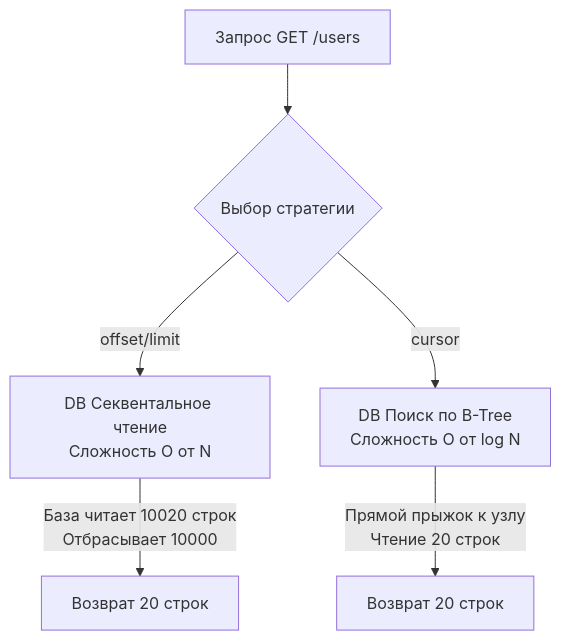
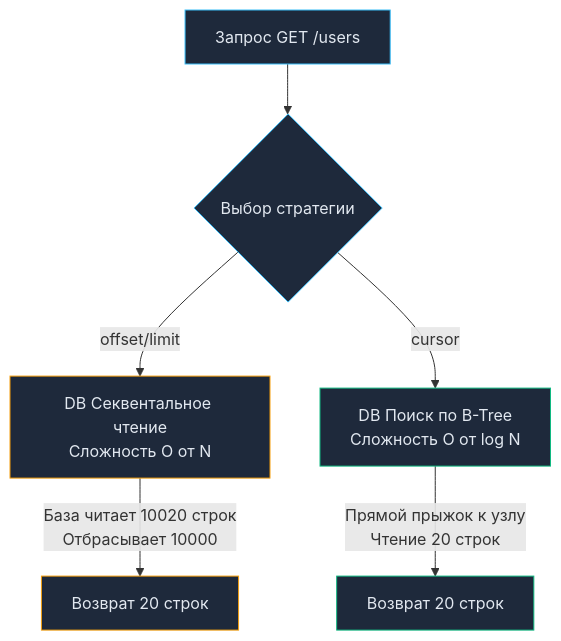
One commit to UnrealTemplier/go-textbook changed the diagram in sources/10. Проектирование API и Сетевые протоколы/10. Pagination, filtering, sorting.md. Above: the diagram before and after it, drawn with Mermaid. The commit also changed other lines of this file, not shown here.

````diff
--- a/sources/10. Проектирование API и Сетевые протоколы/10. Pagination, filtering, sorting.md
+++ b/sources/10. Проектирование API и Сетевые протоколы/10. Pagination, filtering, sorting.md
@@ -53,10 +59,17 @@
 ```mermaid
 flowchart TD
-    Req["Запрос GET /users"]-->Router{"Выбор стратегии"}
+    Req["Запрос GET /users"] --> Router{"Выбор стратегии"}
     
-    Router-->|offset/limit|OffsetScan["DB Секвентальное чтение<br>Сложность O от N"]
-    OffsetScan-->|База читает 10020 строк<br>Отбрасывает 10000|ResultOffset["Возврат 20 строк"]
+    Router -->|offset/limit| OffsetScan["DB Секвентальное чтение<br>Сложность O от N"]
+    OffsetScan -->|База читает 10020 строк<br>Отбрасывает 10000| ResultOffset["Возврат 20 строк"]
     
-    Router-->|cursor|IndexScan["DB Поиск по B-Tree<br>Сложность O от log N"]
-    IndexScan-->|Прямой прыжок к узлу<br>Чтение 20 строк|ResultCursor["Возврат 20 строк"]
+    Router -->|cursor| IndexScan["DB Поиск по B-Tree<br>Сложность O от log N"]
+    IndexScan -->|Прямой прыжок к узлу<br>Чтение 20 строк| ResultCursor["Возврат 20 строк"]
+
+    classDef proc fill:#1e293b,stroke:#38bdf8,stroke-width:1px,color:#e2e8f0;
+    classDef slow fill:#1e293b,stroke:#f59e0b,stroke-width:1px,color:#e2e8f0;
+    classDef fast fill:#1e293b,stroke:#10b981,stroke-width:1px,color:#e2e8f0;
+    class Req,Router proc;
+    class OffsetScan,ResultOffset slow;
+    class IndexScan,ResultCursor fast;
 ```
````
